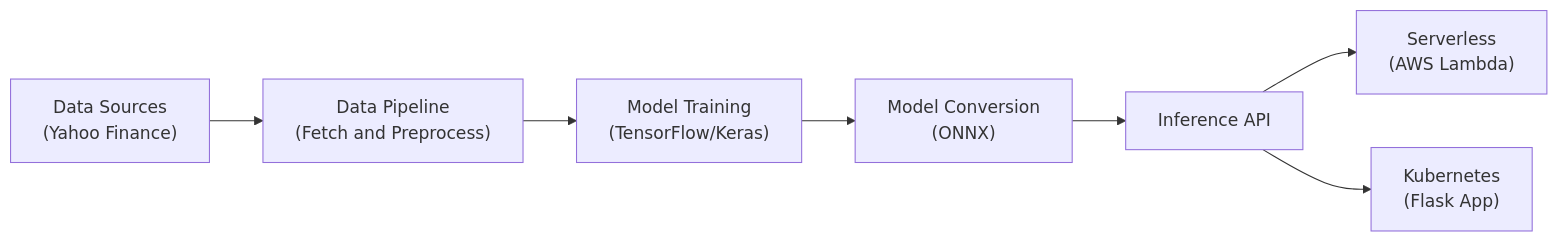
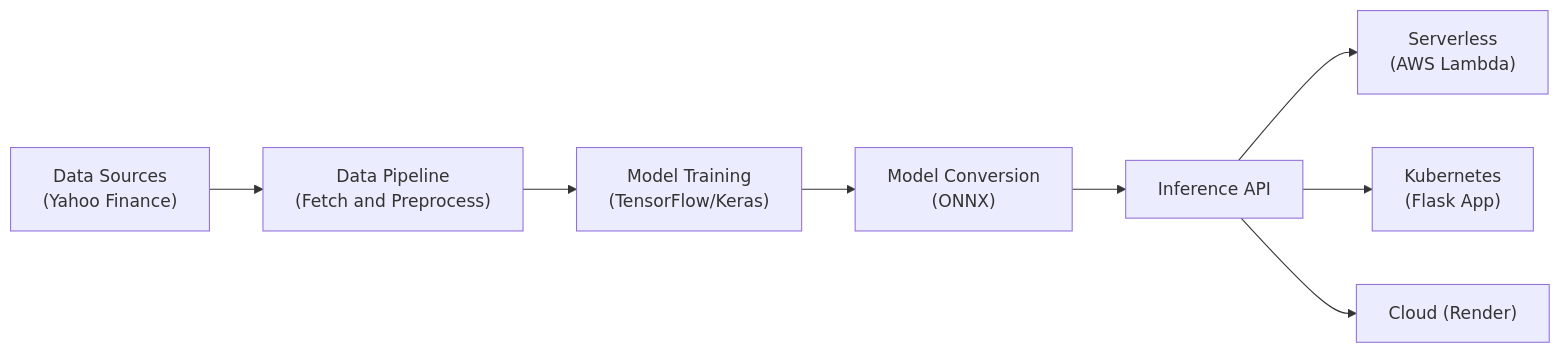
One commit to syafiqfirdaus/ML-ZoomCamp-2025 changed the diagram in Capstone 2/README.md. Above: the diagram before and after it, drawn with Mermaid. The commit also changed other lines of this file and 2 other files, not shown here.

Commit message:
Prepare for Render deployment

````diff
--- a/Capstone 2/README.md
+++ b/Capstone 2/README.md
@@ -30,15 +43,16 @@
 ```mermaid
 graph LR
     A["Data Sources
     (Yahoo Finance)"] --> B["Data Pipeline
     (Fetch and Preprocess)"]
     B --> C["Model Training
     (TensorFlow/Keras)"]
     C --> D["Model Conversion
     (ONNX)"]
     D --> E[Inference API]
     E --> F["Serverless
     (AWS Lambda)"]
     E --> G["Kubernetes
     (Flask App)"]
+    E --> H["Cloud (Render)"]
 ```
````
